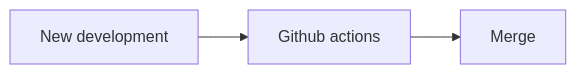
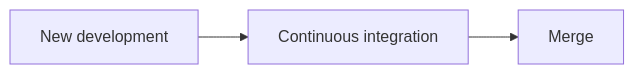
Before and after one commit to Deltares/Ribasim: the first of 3 diagrams in docs/contribute/ci.qmd, drawn with Mermaid. The commit also changed other lines of this file, not shown here.

````diff
--- a/docs/contribute/ci.qmd
+++ b/docs/contribute/ci.qmd
@@ -21,5 +10,5 @@
 ```{mermaid}
 graph LR
-    A[New development]-->B[Github actions]
+    A[New development]-->B[Continuous integration]
     B-->C[Merge]
 ```
````
